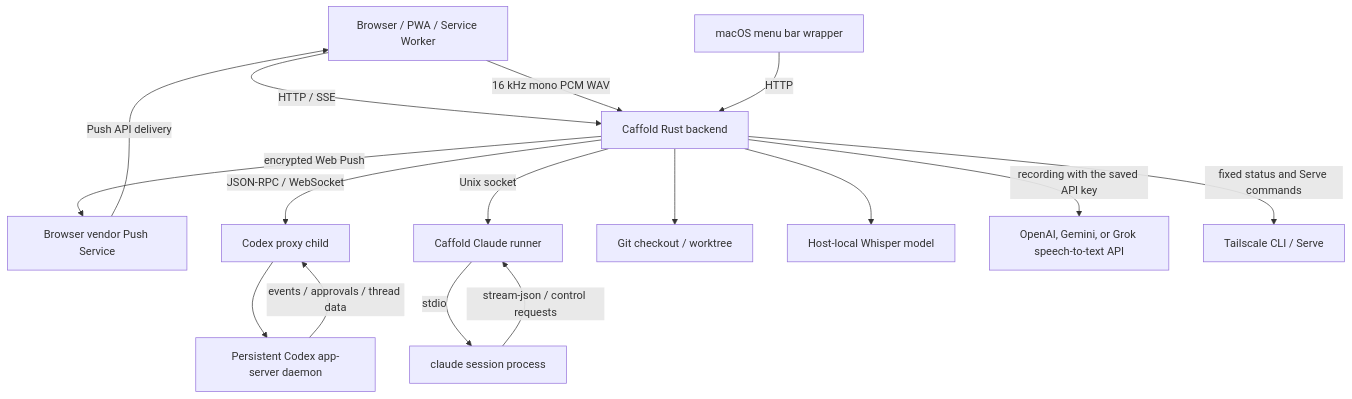
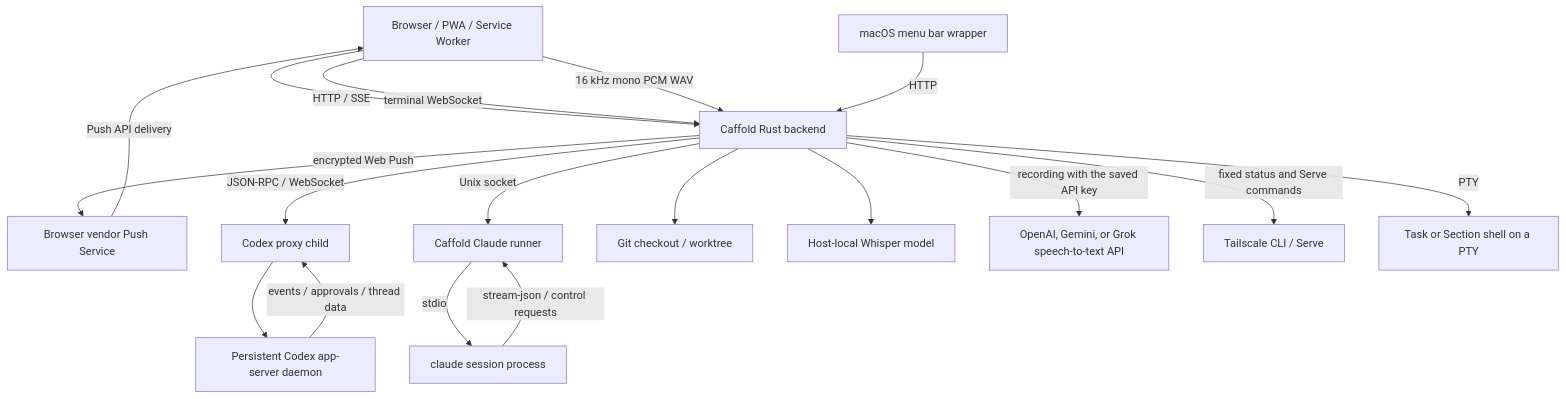
One commit to panarch/caffold changed the diagram in docs/architecture/overview.md. Above: the diagram before and after it, drawn with Mermaid. The commit also changed other lines of this file and 127 other files, not shown here.

First line of the commit message:
Add a terminal to every Task and Section

````diff
--- a/docs/architecture/overview.md
+++ b/docs/architecture/overview.md
@@ -10,31 +10,34 @@
 ```mermaid
 flowchart TD
     PWA["Browser / PWA / Service Worker"]
     MacWrapper["macOS menu bar wrapper"]
     Backend["Caffold Rust backend"]
     PushService["Browser vendor Push Service"]
     Proxy["Codex proxy child"]
     AppServer["Persistent Codex app-server daemon"]
     Runner["Caffold Claude runner"]
     ClaudeSession["claude session process"]
     Git["Git checkout / worktree"]
     Whisper["Host-local Whisper model"]
     SpeechApi["OpenAI, Gemini, or Grok speech-to-text API"]
     Tailscale["Tailscale CLI / Serve"]
+    Shell["Task or Section shell on a PTY"]
 
     PWA -->|"HTTP / SSE"| Backend
+    PWA -->|"terminal WebSocket"| Backend
     PWA -->|"16 kHz mono PCM WAV"| Backend
     MacWrapper -->|"HTTP"| Backend
     Backend -->|"JSON-RPC / WebSocket"| Proxy
     Proxy --> AppServer
     Backend -->|"Unix socket"| Runner
     Runner -->|"stdio"| ClaudeSession
     Backend --> Git
+    Backend -->|"PTY"| Shell
     Backend --> Whisper
     Backend -->|"recording with the saved API key"| SpeechApi
     Backend -->|"fixed status and Serve commands"| Tailscale
     Backend -->|"encrypted Web Push"| PushService
     PushService -->|"Push API delivery"| PWA
     AppServer -->|"events / approvals / thread data"| Proxy
     ClaudeSession -->|"stream-json / control requests"| Runner
 ```
````
